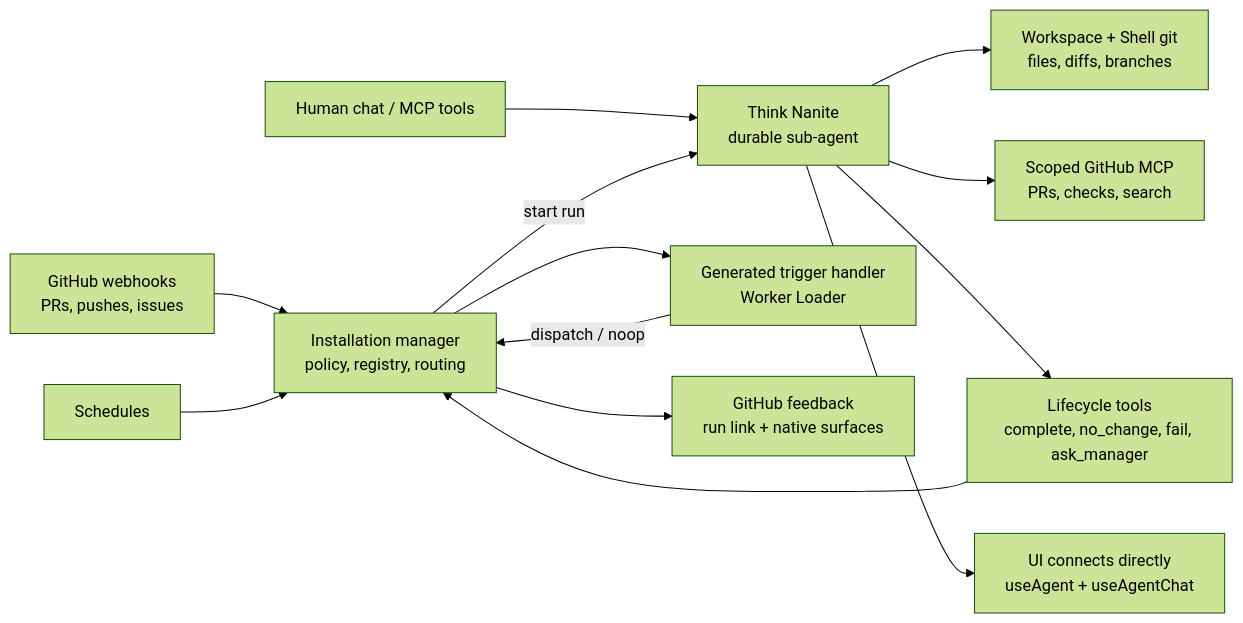
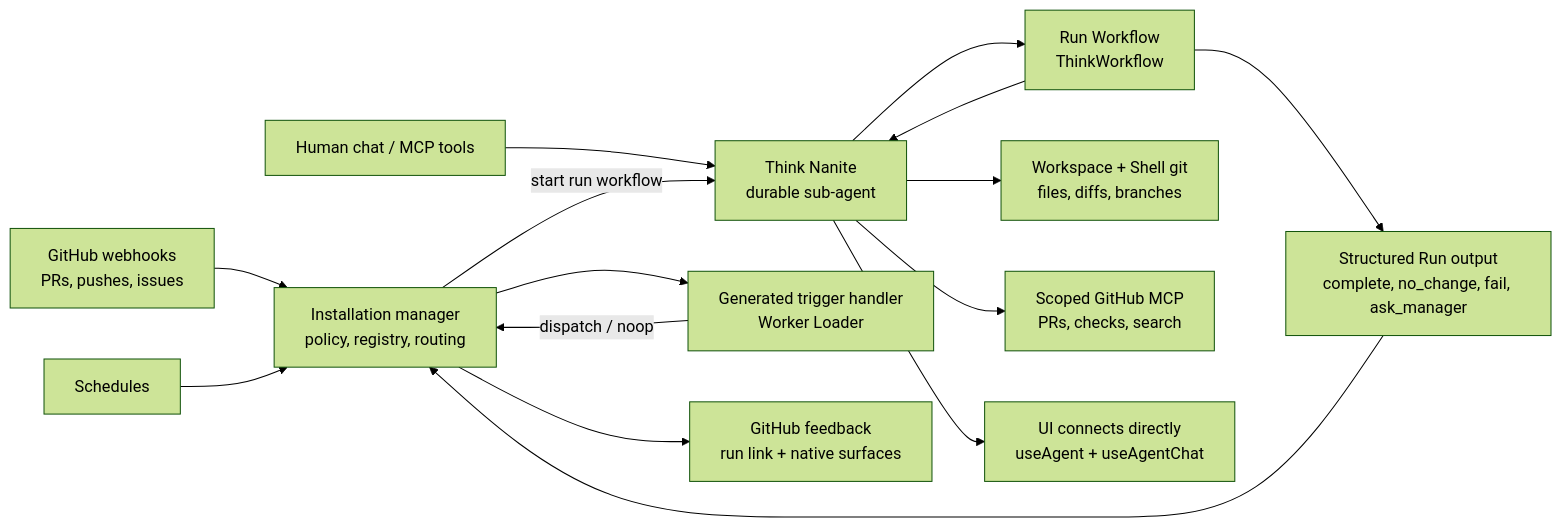
Before and after one commit to WebMCP-org/nanites: the first of 2 diagrams in docs/architecture/README.md, drawn with Mermaid (forest theme). The commit also changed other lines of this file and 58 other files, not shown here.

First line of the commit message:
Adopt workflow-backed Nanite runs

````diff
--- a/docs/architecture/README.md
+++ b/docs/architecture/README.md
@@ -27,15 +27,17 @@
 ```mermaid
 flowchart LR
   GitHub["GitHub webhooks<br/>PRs, pushes, issues"] --> Manager["Installation manager<br/>policy, registry, routing"]
   Schedule["Schedules"] --> Manager
   Human["Human chat / MCP tools"] --> Nanite["Think Nanite<br/>durable sub-agent"]
   Manager --> Trigger["Generated trigger handler<br/>Worker Loader"]
   Trigger -->|"dispatch / noop"| Manager
-  Manager -->|"start run"| Nanite
+  Manager -->|"start run workflow"| Nanite
+  Nanite --> Workflow["Run Workflow<br/>ThinkWorkflow"]
+  Workflow --> Nanite
   Nanite --> Workspace["Workspace + Shell git<br/>files, diffs, branches"]
   Nanite --> GitHubMcp["Scoped GitHub MCP<br/>PRs, checks, search"]
-  Nanite --> Lifecycle["Lifecycle tools<br/>complete, no_change, fail, ask_manager"]
-  Lifecycle --> Manager
+  Workflow --> Result["Structured Run output<br/>complete, no_change, fail, ask_manager"]
+  Result --> Manager
   Manager --> Surface["GitHub feedback<br/>run link + native surfaces"]
   Nanite --> UI["UI connects directly<br/>useAgent + useAgentChat"]
 ```
````
